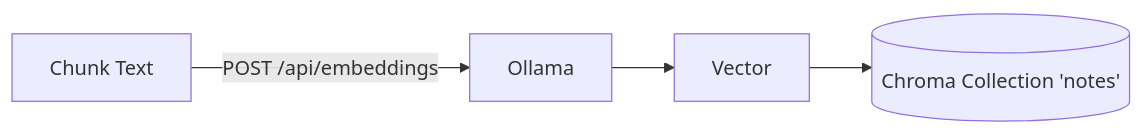
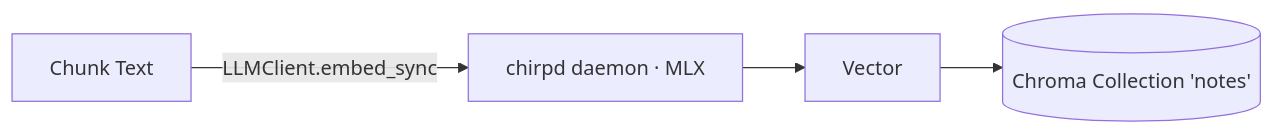
Before and after one commit to Code-and-Sorts/chirp-ai-note-app: the diagram in .docs/embeddings.md, drawn with Mermaid. The commit also changed other lines of this file and 21 other files, not shown here.

````diff
--- a/.docs/embeddings.md
+++ b/.docs/embeddings.md
@@ -16,6 +16,6 @@
 ```mermaid
 flowchart LR
-  A[Chunk Text] -->|POST /api/embeddings| O[Ollama]
-  O --> V[Vector]
+  A[Chunk Text] -->|LLMClient.embed_sync| D[chirpd daemon · MLX]
+  D --> V[Vector]
   V --> C[(Chroma Collection 'notes')]
 ```
````
